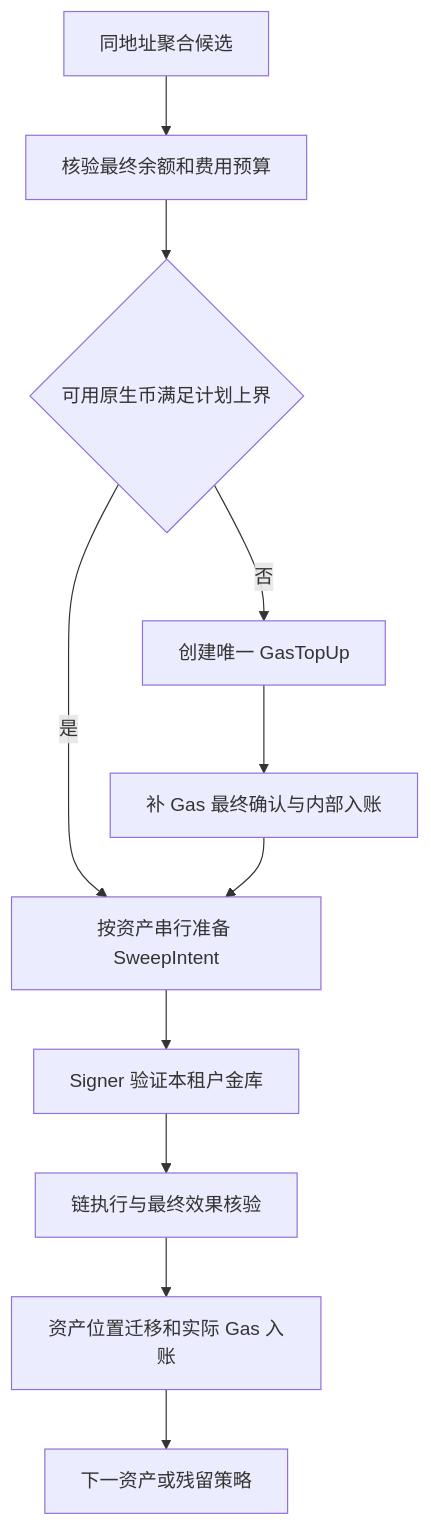
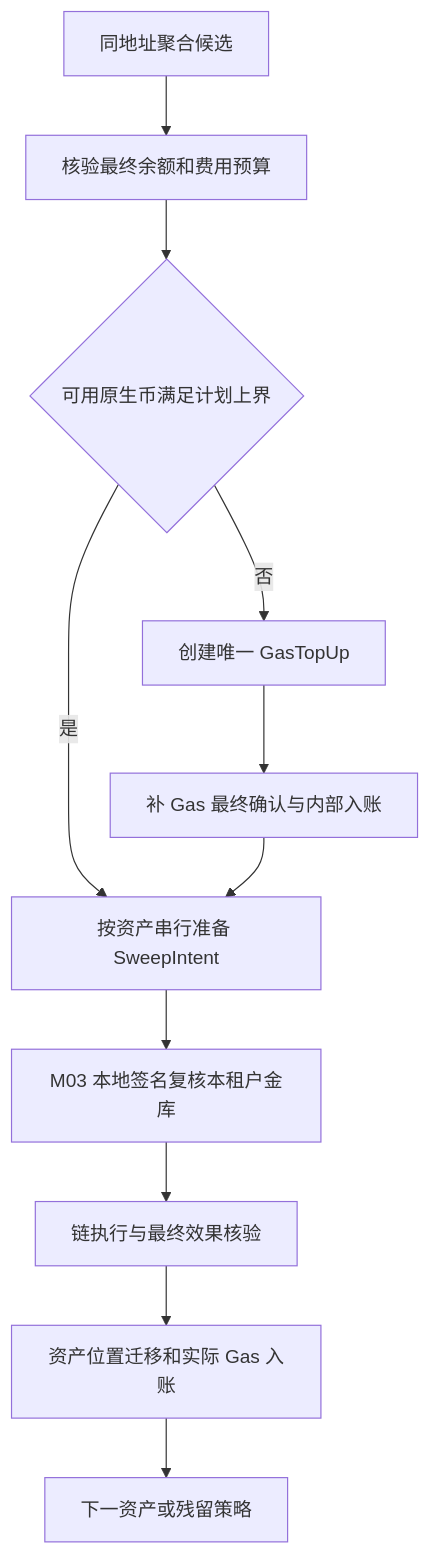
One commit to Alonoril/wallet-platform changed the diagram in docs/multitenant-wallet-design/20261009-v2-detailed-design/09-sweep-and-gas.md. Above: the diagram before and after it, drawn with Mermaid. The commit also changed other lines of this file and 17 other files, not shown here.

````diff
--- a/docs/multitenant-wallet-design/20261009-v2-detailed-design/09-sweep-and-gas.md
+++ b/docs/multitenant-wallet-design/20261009-v2-detailed-design/09-sweep-and-gas.md
@@ -71,13 +75,13 @@
 ```mermaid
 flowchart TD
   A[同地址聚合候选] --> B[核验最终余额和费用预算]
   B --> C{可用原生币满足计划上界}
   C -->|否| D[创建唯一 GasTopUp]
   D --> E[补 Gas 最终确认与内部入账]
   C -->|是| F[按资产串行准备 SweepIntent]
   E --> F
-  F --> G[Signer 验证本租户金库]
+  F --> G[M03 本地签名复核本租户金库]
   G --> H[链执行与最终效果核验]
   H --> I[资产位置迁移和实际 Gas 入账]
   I --> J[下一资产或残留策略]
 ```
````
